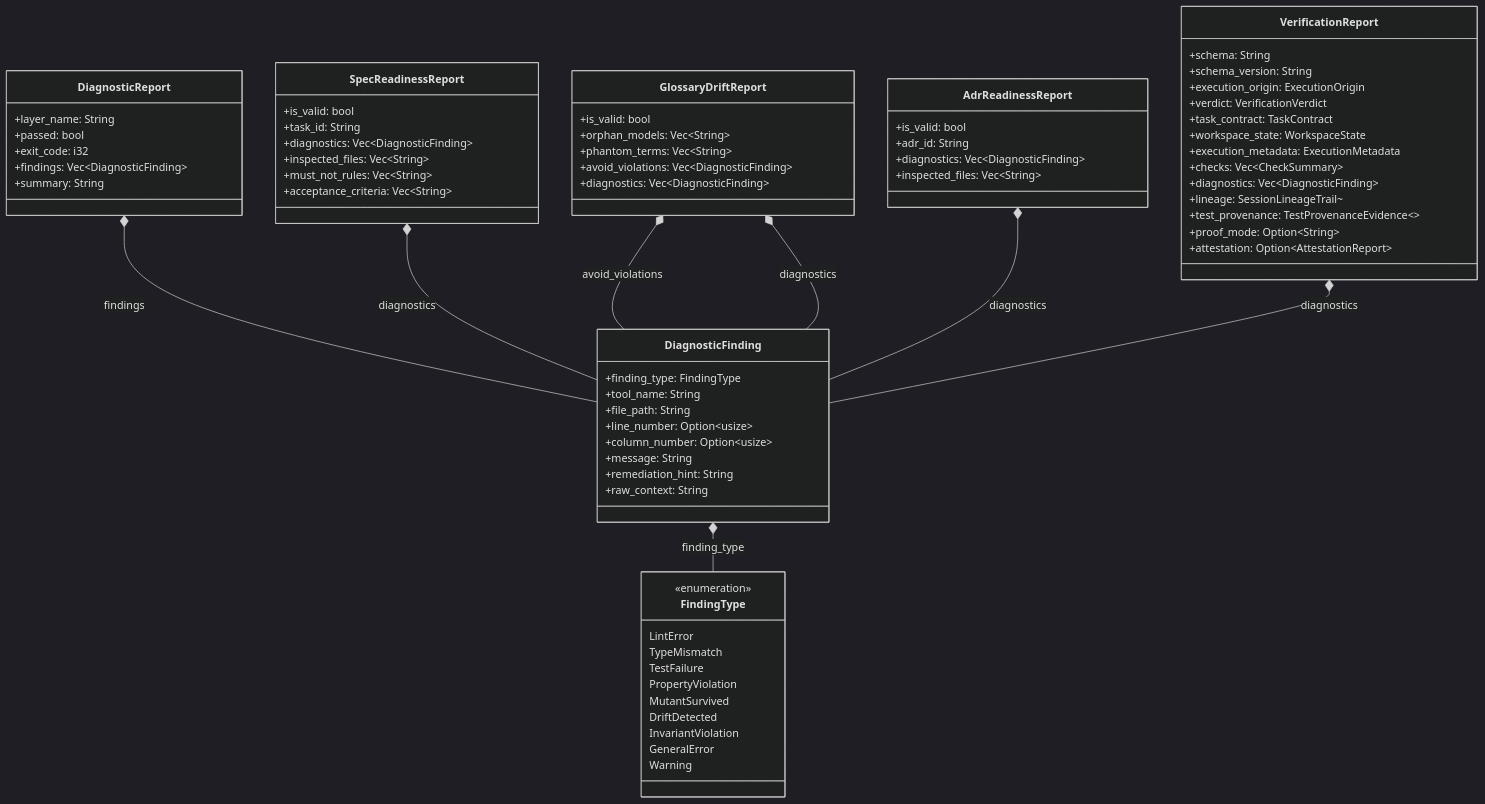
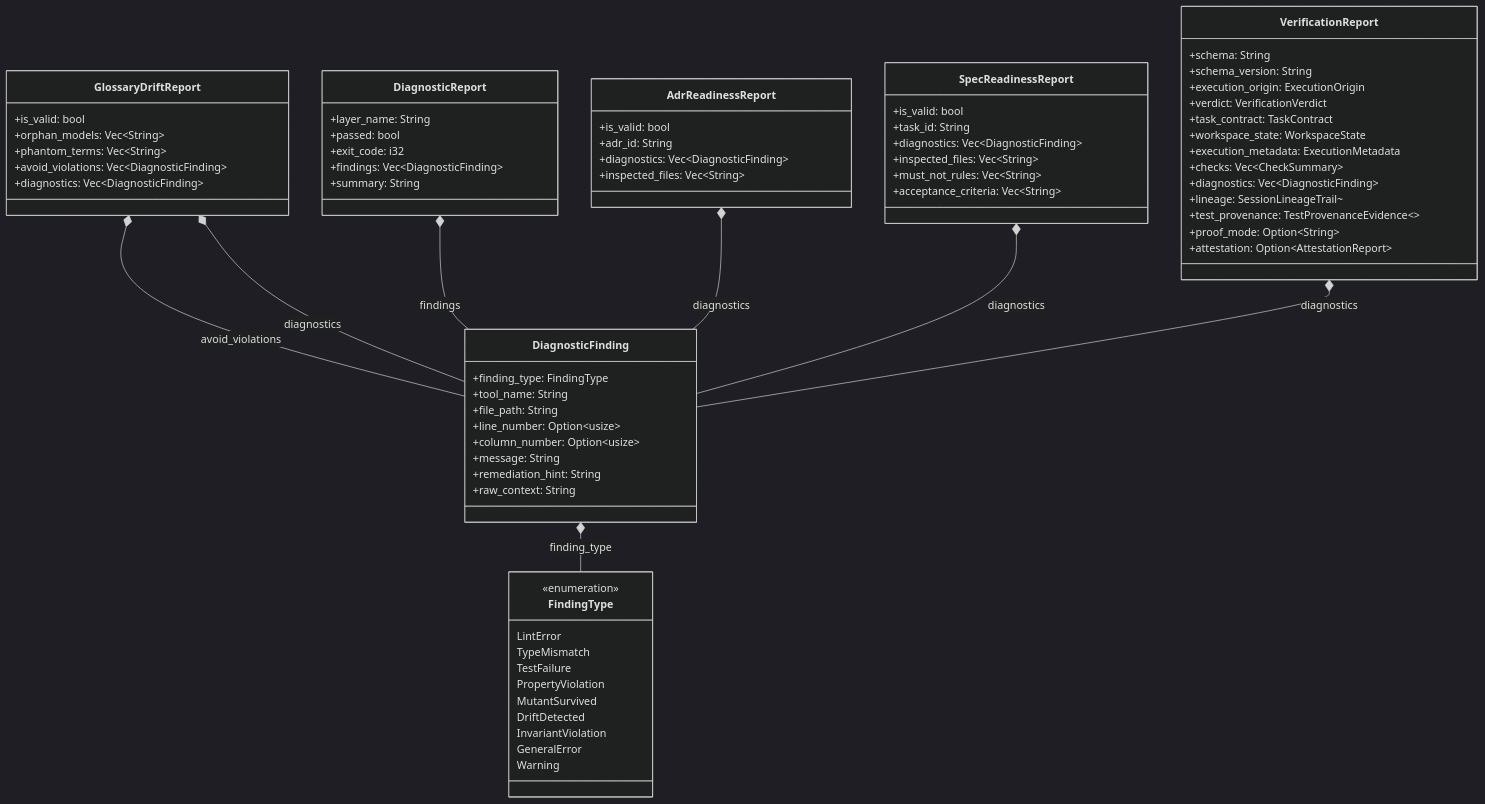
Before and after one commit to rolfmadsen/xgauntlet: the diagram in docs/architecture/diagnostics.md, drawn with Mermaid (dark theme). The commit also changed other lines of this file and 12 other files, not shown here.

````diff
--- a/docs/architecture/diagnostics.md
+++ b/docs/architecture/diagnostics.md
@@ -84,11 +84,11 @@
         +attestation: Option~AttestationReport~
     }
 
-    DiagnosticReport *-- DiagnosticFinding : findings
-    SpecReadinessReport *-- DiagnosticFinding : diagnostics
     GlossaryDriftReport *-- DiagnosticFinding : avoid_violations
     GlossaryDriftReport *-- DiagnosticFinding : diagnostics
+    DiagnosticFinding *-- FindingType : finding_type
+    DiagnosticReport *-- DiagnosticFinding : findings
     AdrReadinessReport *-- DiagnosticFinding : diagnostics
-    DiagnosticFinding *-- FindingType : finding_type
+    SpecReadinessReport *-- DiagnosticFinding : diagnostics
     VerificationReport *-- DiagnosticFinding : diagnostics
 ```
````
